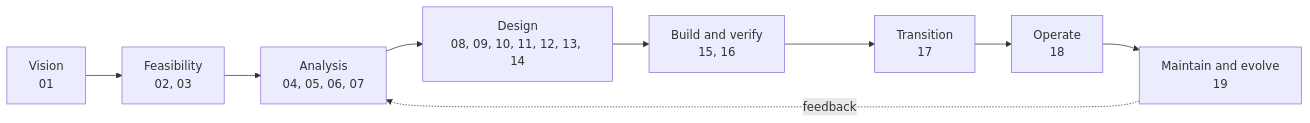
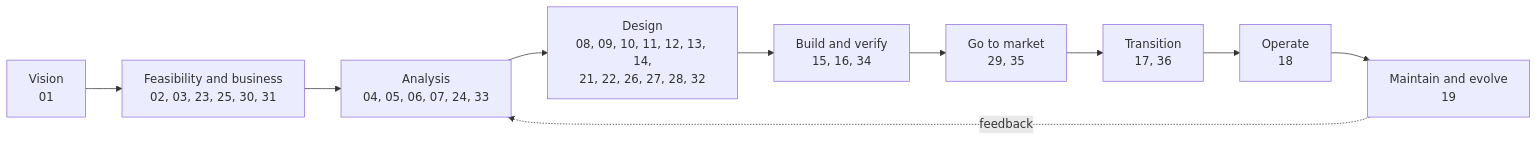
Before and after one commit to Jannisar01/hitchpost: the first of 2 diagrams in docs/sad/00-document-control.md, drawn with Mermaid. The commit also changed other lines of this file and 23 other files, not shown here.

````diff
--- a/docs/sad/00-document-control.md
+++ b/docs/sad/00-document-control.md
@@ -62,11 +84,12 @@
 ```mermaid
 flowchart LR
-  V[Vision<br/>01] --> F[Feasibility<br/>02, 03]
-  F --> A[Analysis<br/>04, 05, 06, 07]
-  A --> D[Design<br/>08, 09, 10, 11, 12, 13, 14]
-  D --> B[Build and verify<br/>15, 16]
-  B --> T[Transition<br/>17]
+  V[Vision<br/>01] --> F[Feasibility and business<br/>02, 03, 23, 25, 30, 31]
+  F --> A[Analysis<br/>04, 05, 06, 07, 24, 33]
+  A --> D[Design<br/>08, 09, 10, 11, 12, 13, 14,<br/>21, 22, 26, 27, 28, 32]
+  D --> B[Build and verify<br/>15, 16, 34]
+  B --> G[Go to market<br/>29, 35]
+  G --> T[Transition<br/>17, 36]
   T --> O[Operate<br/>18]
   O --> M[Maintain and evolve<br/>19]
   M -. feedback .-> A
 ```
````
